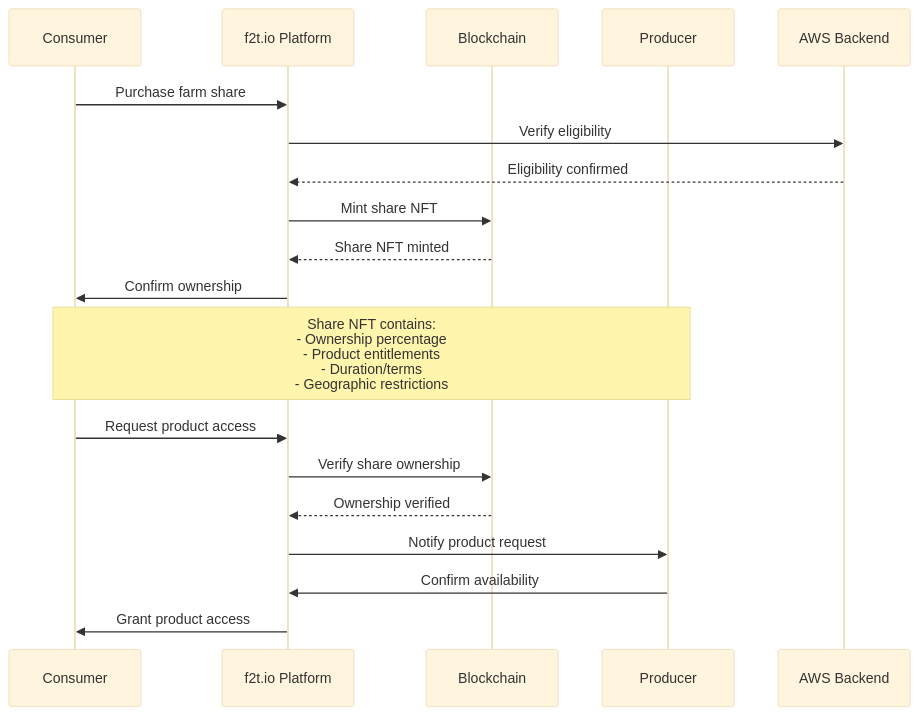
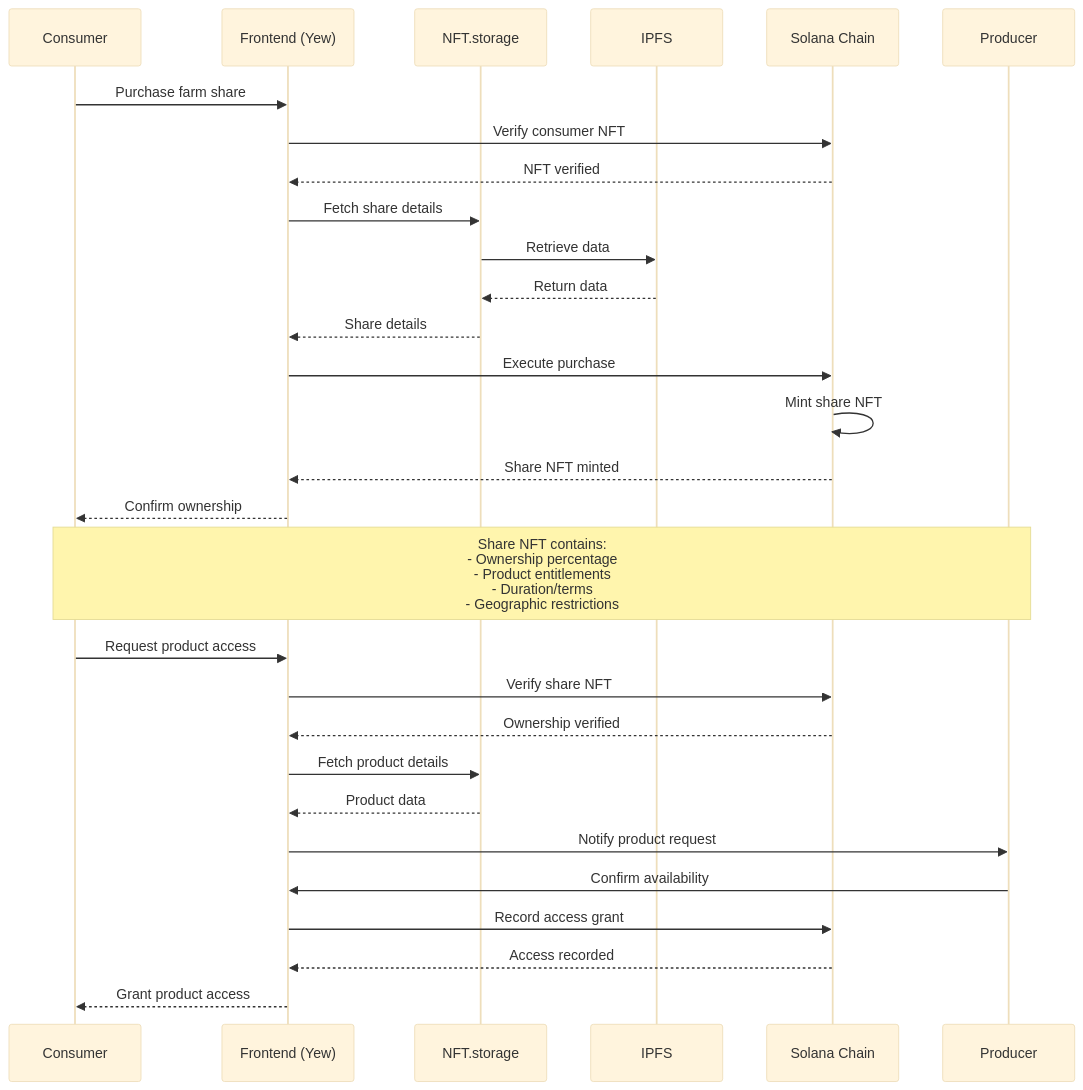
The diagram in docs/mermaid/consumer.mmd (DegenVets/f2t), drawn with Mermaid (base theme) before and after one commit. The commit also changed 5 other files, not shown here.

```diff
--- a/docs/mermaid/consumer.mmd
+++ b/docs/mermaid/consumer.mmd
@@ -1,22 +1,32 @@
 sequenceDiagram
     participant C as Consumer
-    participant F as f2t.io Platform
-    participant B as Blockchain
+    participant F as Frontend (Yew)
+    participant S as NFT.storage
+    participant I as IPFS
+    participant B as Solana Chain
     participant P as Producer
-    participant AWS as AWS Backend
     
     C->>F: Purchase farm share
-    F->>AWS: Verify eligibility
-    AWS-->>F: Eligibility confirmed
-    F->>B: Mint share NFT
+    F->>B: Verify consumer NFT
+    B-->>F: NFT verified
+    F->>S: Fetch share details
+    S->>I: Retrieve data
+    I-->>S: Return data
+    S-->>F: Share details
+    F->>B: Execute purchase
+    B->>B: Mint share NFT
     B-->>F: Share NFT minted
-    F->>C: Confirm ownership
+    F-->>C: Confirm ownership
     
     Note over C,P: Share NFT contains:<br/>- Ownership percentage<br/>- Product entitlements<br/>- Duration/terms<br/>- Geographic restrictions
     
     C->>F: Request product access
-    F->>B: Verify share ownership
+    F->>B: Verify share NFT
     B-->>F: Ownership verified
+    F->>S: Fetch product details
+    S-->>F: Product data
     F->>P: Notify product request
     P->>F: Confirm availability
-    F->>C: Grant product access
+    F->>B: Record access grant
+    B-->>F: Access recorded
+    F-->>C: Grant product access
```
